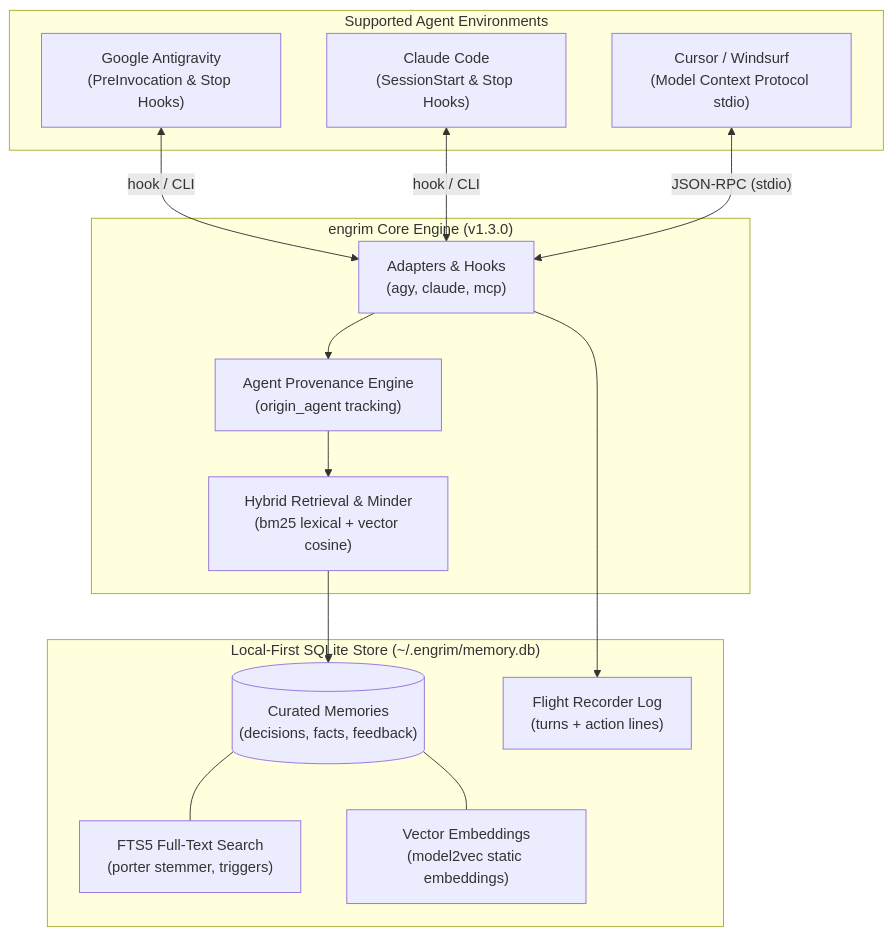
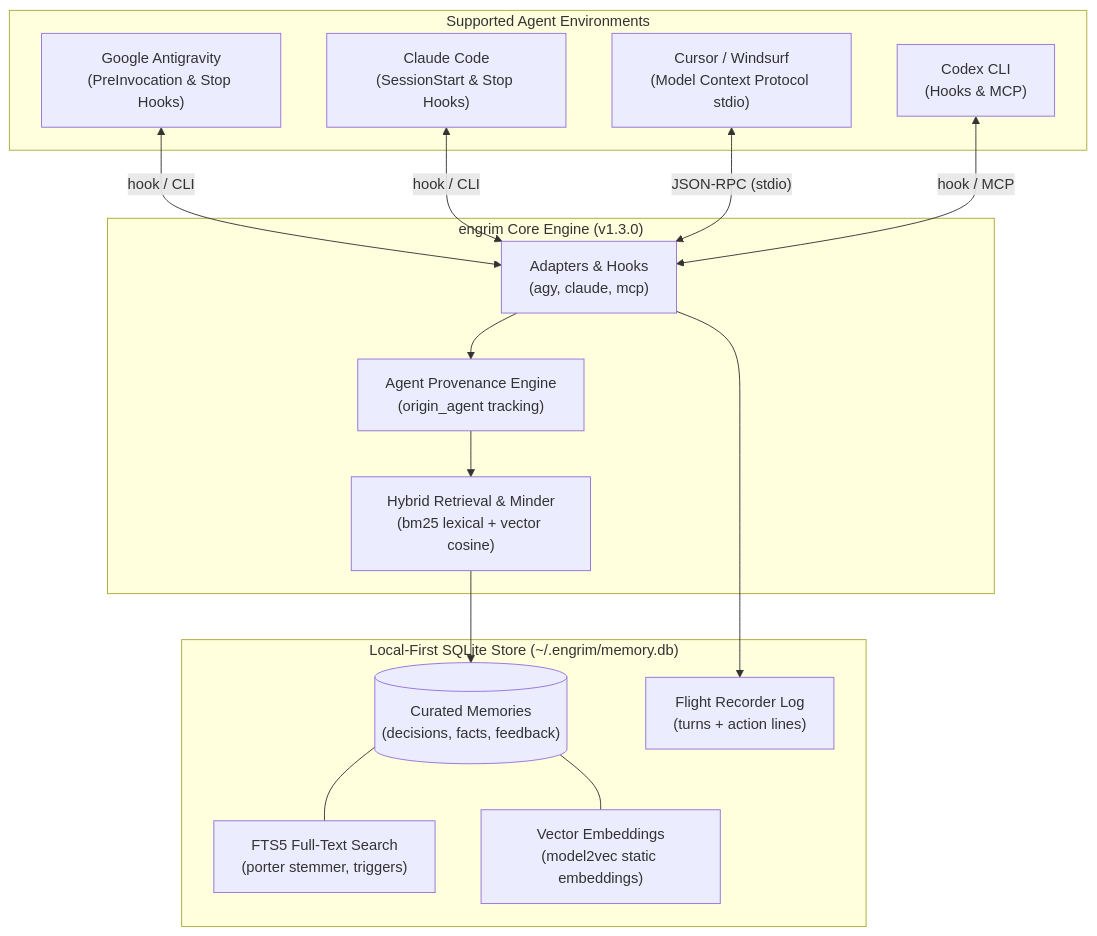
One commit to timgordontg/engrim changed the diagram in README.md. Above: the diagram before and after it, drawn with Mermaid. The commit also changed other lines of this file and 1 other file, not shown here.

Commit message:
feat: add native support and auto-wiring for Codex CLI

````diff
--- a/README.md
+++ b/README.md
@@ -41,31 +41,33 @@
 ```mermaid
 graph TD
     subgraph Agents ["Supported Agent Environments"]
         AGY["Google Antigravity<br/>(PreInvocation & Stop Hooks)"]
         CLAUDE["Claude Code<br/>(SessionStart & Stop Hooks)"]
         CURSOR["Cursor / Windsurf<br/>(Model Context Protocol stdio)"]
+        CODEX["Codex CLI<br/>(Hooks & MCP)"]
     end
 
     subgraph CoreEngine ["engrim Core Engine (v1.3.0)"]
         ADAPTERS["Adapters & Hooks<br/>(agy, claude, mcp)"]
         PROVENANCE["Agent Provenance Engine<br/>(origin_agent tracking)"]
         ROUTER["Hybrid Retrieval & Minder<br/>(bm25 lexical + vector cosine)"]
     end
 
     subgraph Storage ["Local-First SQLite Store (~/.engrim/memory.db)"]
         MEMORIES[("Curated Memories<br/>(decisions, facts, feedback)")]
         FTS5["FTS5 Full-Text Search<br/>(porter stemmer, triggers)"]
         VEC["Vector Embeddings<br/>(model2vec static embeddings)"]
         LOG["Flight Recorder Log<br/>(turns + action lines)"]
     end
 
     AGY <-->|"hook / CLI"| ADAPTERS
     CLAUDE <-->|"hook / CLI"| ADAPTERS
     CURSOR <-->|"JSON-RPC (stdio)"| ADAPTERS
+    CODEX <-->|"hook / MCP"| ADAPTERS
     ADAPTERS --> PROVENANCE
     PROVENANCE --> ROUTER
     ROUTER --> MEMORIES
     MEMORIES --- FTS5
     MEMORIES --- VEC
     ADAPTERS --> LOG
 ```
````
